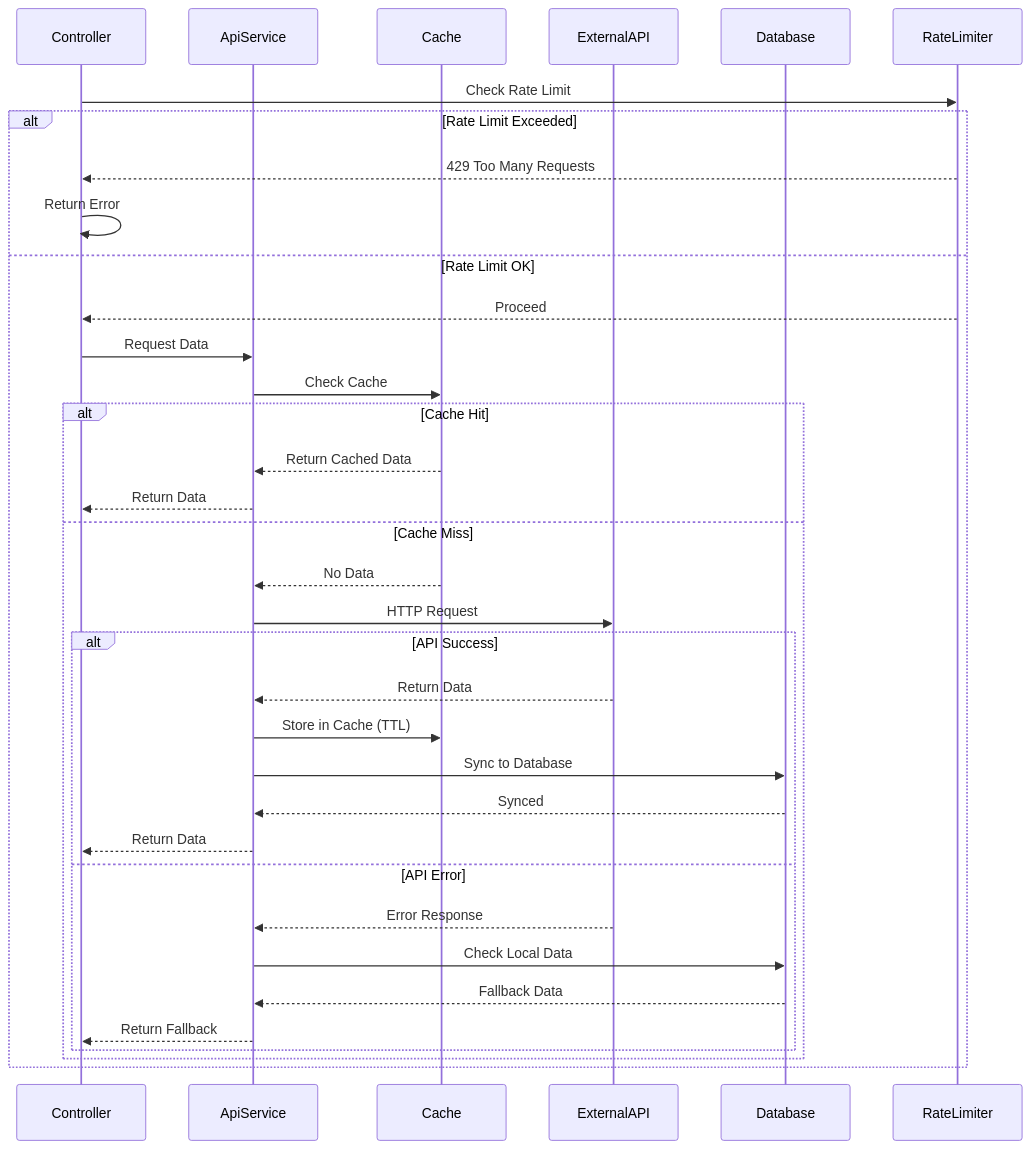
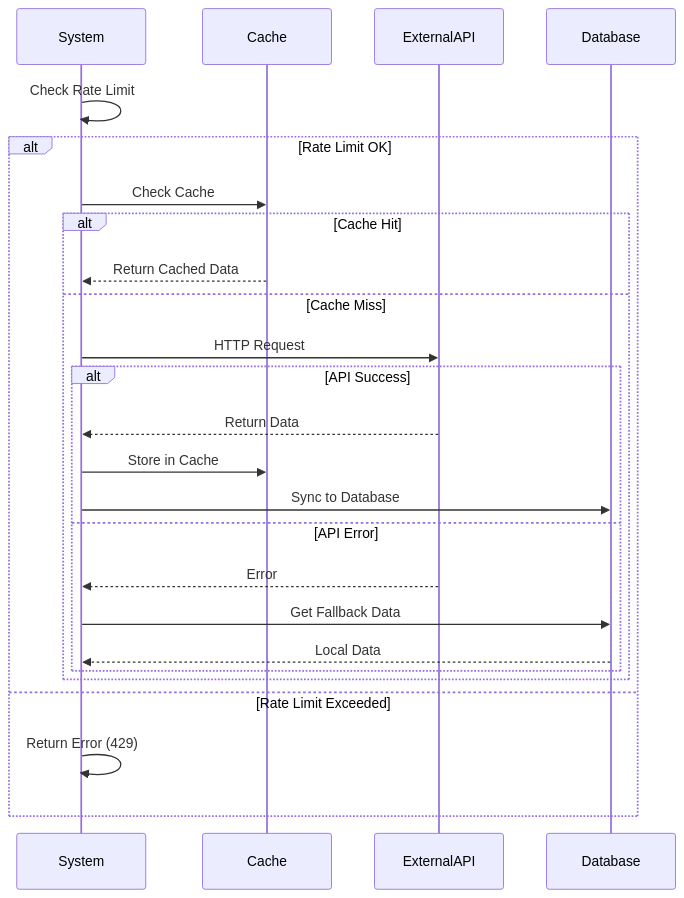
One commit to abdullah2323442/thesisrepo-backup changed diagram 15 of 19 in documentation/sequence-diagrams.md. Above: the diagram before and after it, drawn with Mermaid. The commit also changed other lines of this file, not shown here.

````diff
--- a/documentation/sequence-diagrams.md
+++ b/documentation/sequence-diagrams.md
@@ -805,41 +465,31 @@
 ```mermaid
 sequenceDiagram
-    participant Controller
-    participant ApiService
+    participant System
     participant Cache
     participant ExternalAPI
     participant Database
-    participant RateLimiter
 
-    Controller->>RateLimiter: Check Rate Limit
+    System->>System: Check Rate Limit
     
-    alt Rate Limit Exceeded
-        RateLimiter-->>Controller: 429 Too Many Requests
-        Controller->>Controller: Return Error
-    else Rate Limit OK
-        RateLimiter-->>Controller: Proceed
-        Controller->>ApiService: Request Data
-        ApiService->>Cache: Check Cache
+    alt Rate Limit OK
+        System->>Cache: Check Cache
         
         alt Cache Hit
-            Cache-->>ApiService: Return Cached Data
-            ApiService-->>Controller: Return Data
+            Cache-->>System: Return Cached Data
         else Cache Miss
-            Cache-->>ApiService: No Data
-            ApiService->>ExternalAPI: HTTP Request
+            System->>ExternalAPI: HTTP Request
             
             alt API Success
-                ExternalAPI-->>ApiService: Return Data
-                ApiService->>Cache: Store in Cache (TTL)
-                ApiService->>Database: Sync to Database
-                Database-->>ApiService: Synced
-                ApiService-->>Controller: Return Data
+                ExternalAPI-->>System: Return Data
+                System->>Cache: Store in Cache
+                System->>Database: Sync to Database
             else API Error
-                ExternalAPI-->>ApiService: Error Response
-                ApiService->>Database: Check Local Data
-                Database-->>ApiService: Fallback Data
-                ApiService-->>Controller: Return Fallback
+                ExternalAPI-->>System: Error
+                System->>Database: Get Fallback Data
+                Database-->>System: Local Data
             end
         end
+    else Rate Limit Exceeded
+        System->>System: Return Error (429)
     end
 ```
````
